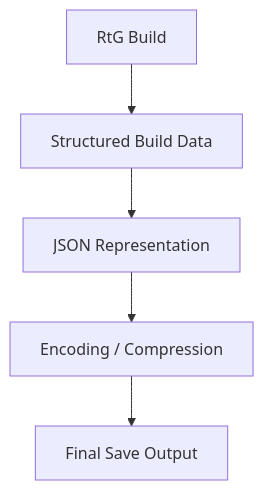
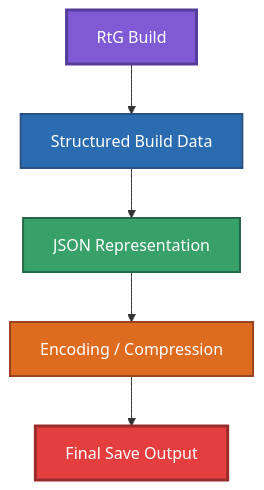
Before and after one commit to JuanCrakYT/RtG-Format: the diagram in compression/README.md, drawn with Mermaid. The commit also changed 5 other files, not shown here.

Commit message:
Mermaid Refresh

````diff
--- a/compression/README.md
+++ b/compression/README.md
@@ -44,7 +44,19 @@
 ```mermaid
 flowchart TD
     A["RtG Build"] --> B["Structured Build Data"]
     B --> C["JSON Representation"]
     C --> D["Encoding / Compression"]
     D --> E["Final Save Output"]
+
+    classDef start fill:#805ad5,color:#fff,stroke:#553c9a,stroke-width:3px;
+    classDef structure fill:#2b6cb0,color:#fff,stroke:#2c5282,stroke-width:2px;
+    classDef json fill:#38a169,color:#fff,stroke:#276749,stroke-width:2px;
+    classDef compression fill:#dd6b20,color:#fff,stroke:#9c4221,stroke-width:2px;
+    classDef output fill:#e53e3e,color:#fff,stroke:#9b2c2c,stroke-width:3px;
+
+    class A start;
+    class B structure;
+    class C json;
+    class D compression;
+    class E output;
 ```
````
